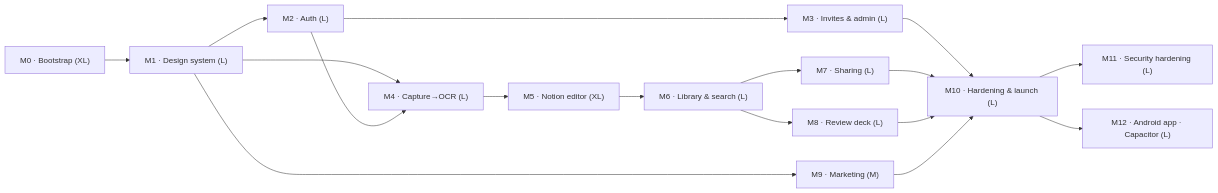
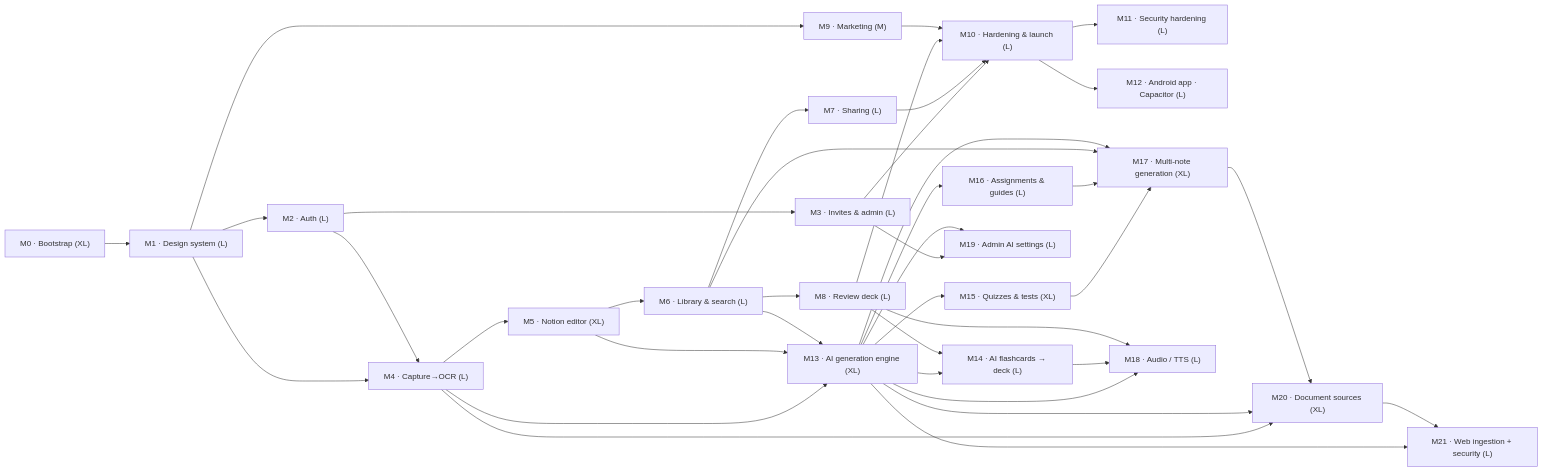
One commit to jasonp2323/transformmynotes changed the first of 2 diagrams in docs/milestones/ROADMAP.md. Above: the diagram before and after it, drawn with Mermaid. The commit also changed other lines of this file and 10 other files, not shown here.

````diff
--- a/docs/milestones/ROADMAP.md
+++ b/docs/milestones/ROADMAP.md
@@ -18,19 +18,40 @@
 ```mermaid
 flowchart LR
   M0["M0 · Bootstrap (XL)"] --> M1["M1 · Design system (L)"]
   M1 --> M2["M2 · Auth (L)"]
   M1 --> M9["M9 · Marketing (M)"]
   M1 --> M4["M4 · Capture→OCR (L)"]
   M2 --> M3["M3 · Invites & admin (L)"]
   M2 --> M4
   M4 --> M5["M5 · Notion editor (XL)"]
   M5 --> M6["M6 · Library & search (L)"]
   M6 --> M7["M7 · Sharing (L)"]
   M6 --> M8["M8 · Review deck (L)"]
   M3 --> M10["M10 · Hardening & launch (L)"]
   M7 --> M10
   M8 --> M10
   M9 --> M10
   M10 --> M11["M11 · Security hardening (L)"]
   M10 --> M12["M12 · Android app · Capacitor (L)"]
+  M4 --> M13["M13 · AI generation engine (XL)"]
+  M5 --> M13
+  M6 --> M13
+  M13 --> M14["M14 · AI flashcards → deck (L)"]
+  M8 --> M14
+  M13 --> M15["M15 · Quizzes & tests (XL)"]
+  M13 --> M16["M16 · Assignments & guides (L)"]
+  M15 --> M17["M17 · Multi-note generation (XL)"]
+  M16 --> M17
+  M6 --> M17
+  M13 --> M17
+  M13 --> M18["M18 · Audio / TTS (L)"]
+  M14 --> M18
+  M8 --> M18
+  M3 --> M19["M19 · Admin AI settings (L)"]
+  M13 --> M19
+  M4 --> M20["M20 · Document sources (XL)"]
+  M13 --> M20
+  M17 --> M20
+  M13 --> M21["M21 · Web ingestion + security (L)"]
+  M20 --> M21
 ```
````
